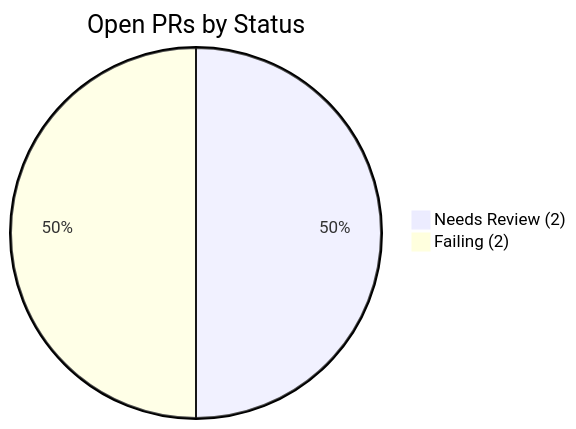
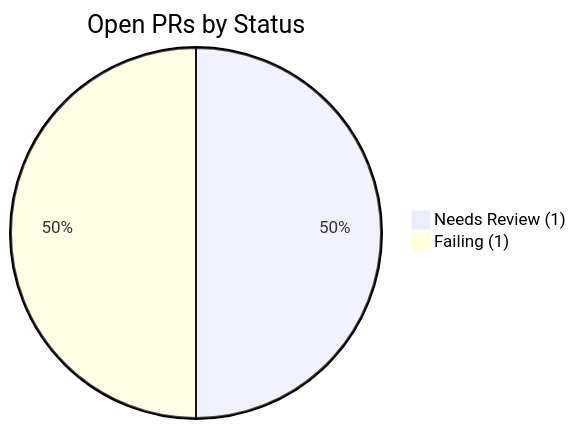
The first of 4 diagrams in docs/tracker.md (Nitsur10/invoice-dashboard-deploy), drawn with Mermaid before and after one commit. The commit also changed other lines of this file and 1 other file, not shown here.

````diff
--- a/docs/tracker.md
+++ b/docs/tracker.md
@@ -18,10 +18,10 @@
 ```mermaid
 pie title Open PRs by Status
     
-    "Needs Review (2)" : 2
-    "Failing (2)" : 2
+    "Needs Review (1)" : 1
+    "Failing (1)" : 1
     
     
     
     
 ```
````
